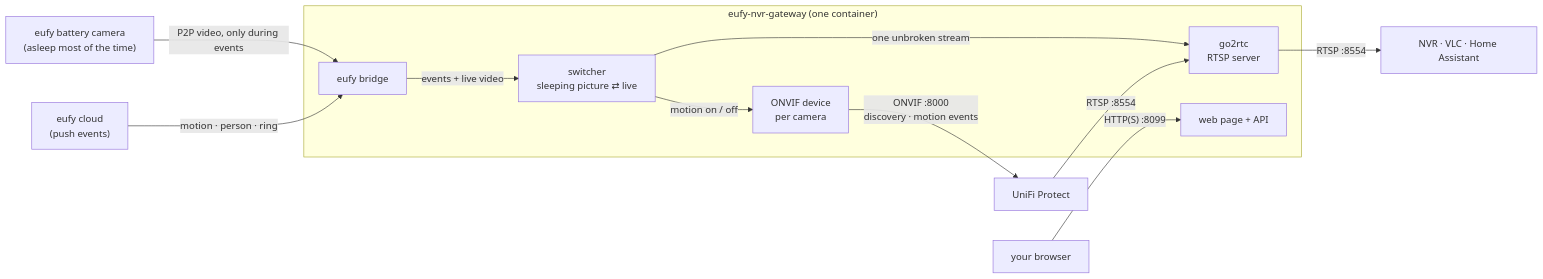
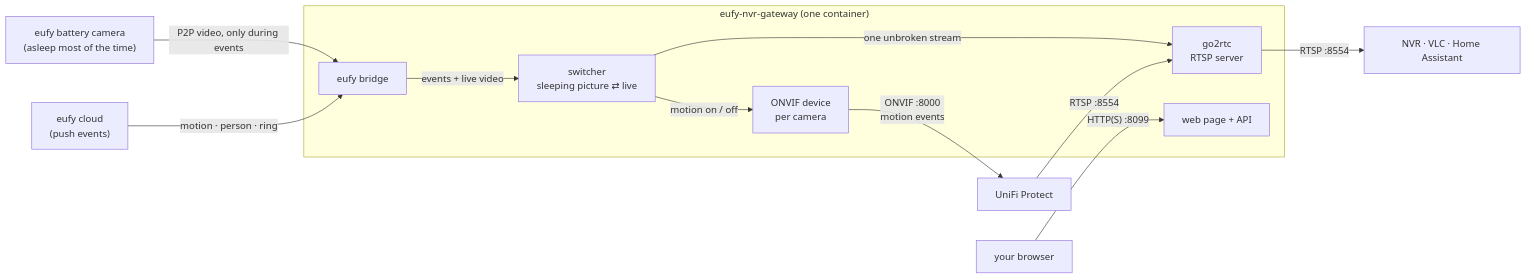
One commit to dbanky/eufy-nvr-gateway changed the diagram in README.md. Above: the diagram before and after it, drawn with Mermaid. The commit also changed other lines of this file and 12 other files, not shown here.

First line of the commit message:
UniFi Protect guide; remove ONVIF WS-Discovery

````diff
--- a/README.md
+++ b/README.md
@@ -26,15 +26,15 @@
 ```mermaid
 flowchart LR
   cam["eufy battery camera<br>(asleep most of the time)"] -- "P2P video, only during events" --> bridge
   cloud["eufy cloud<br>(push events)"] -- "motion · person · ring" --> bridge
   subgraph container ["eufy-nvr-gateway (one container)"]
     bridge["eufy bridge"] -- "events + live video" --> switcher["switcher<br>sleeping picture ⇄ live"]
     switcher -- "one unbroken stream" --> go2rtc["go2rtc<br>RTSP server"]
     switcher -- "motion on / off" --> onvif["ONVIF device<br>per camera"]
     web["web page + API"]
   end
   go2rtc -- "RTSP :8554" --> nvr["NVR · VLC · Home Assistant"]
-  onvif -- "ONVIF :8000<br>discovery · motion events" --> protect["UniFi Protect"]
+  onvif -- "ONVIF :8000<br>motion events" --> protect["UniFi Protect"]
   protect -- "RTSP :8554" --> go2rtc
   browser["your browser"] -- "HTTP(S) :8099" --> web
 ```
````
